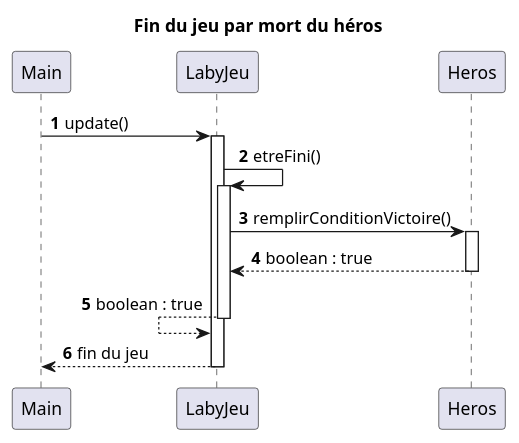
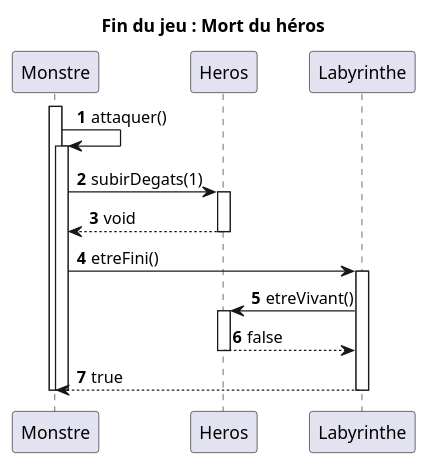
The diagram in documents/version_4/DS_MortDuHeros.puml (crochetremi/2025_Zeldiablo2_e20157u_e82008u_e89209u_e26078u), drawn with PlantUML before and after one commit. The commit also changed 3 other files, not shown here.

Commit message:
diagramme sequence

```diff
--- a/documents/version_4/DS_MortDuHeros.puml
+++ b/documents/version_4/DS_MortDuHeros.puml
@@ -1,24 +1,32 @@
 @startuml
-'https://plantuml.com/sequence-diagram
-title Fin du jeu par mort du héros
+title Fin du jeu : Mort du héros
+
 autonumber
 
-Main -> LabyJeu : update()
-activate LabyJeu
+Participant "Monstre" as monstre
+Participant "Heros" as heros
+Participant "Labyrinthe" as laby
 
-LabyJeu -> LabyJeu : etreFini()
-activate LabyJeu
+activate monstre
+monstre -> monstre : attaquer()
+activate monstre
 
-LabyJeu -> Heros : remplirConditionVictoire()
-activate Heros
-LabyJeu <-- Heros : boolean : true
-deactivate Heros
+monstre -> heros : subirDegats(1)
+activate heros
+heros --> monstre : void
+deactivate heros
 
-LabyJeu <-- LabyJeu : boolean : true
-deactivate LabyJeu
+monstre -> laby : etreFini()
+activate laby
 
-Main <-- LabyJeu : fin du jeu
+laby -> heros : etreVivant()
+activate heros
+heros --> laby : false
+deactivate heros
 
-deactivate LabyJeu
+laby --> monstre : true
+deactivate laby
 
+deactivate monstre
+deactivate monstre
 @enduml
```
